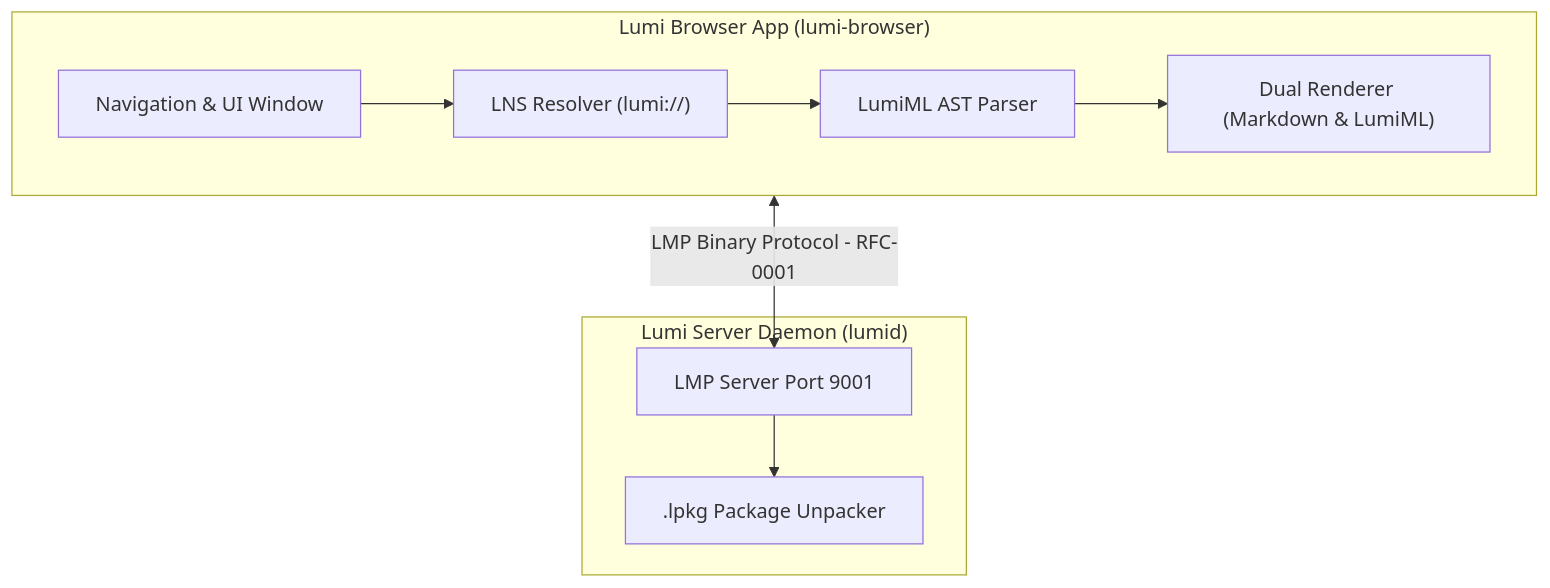
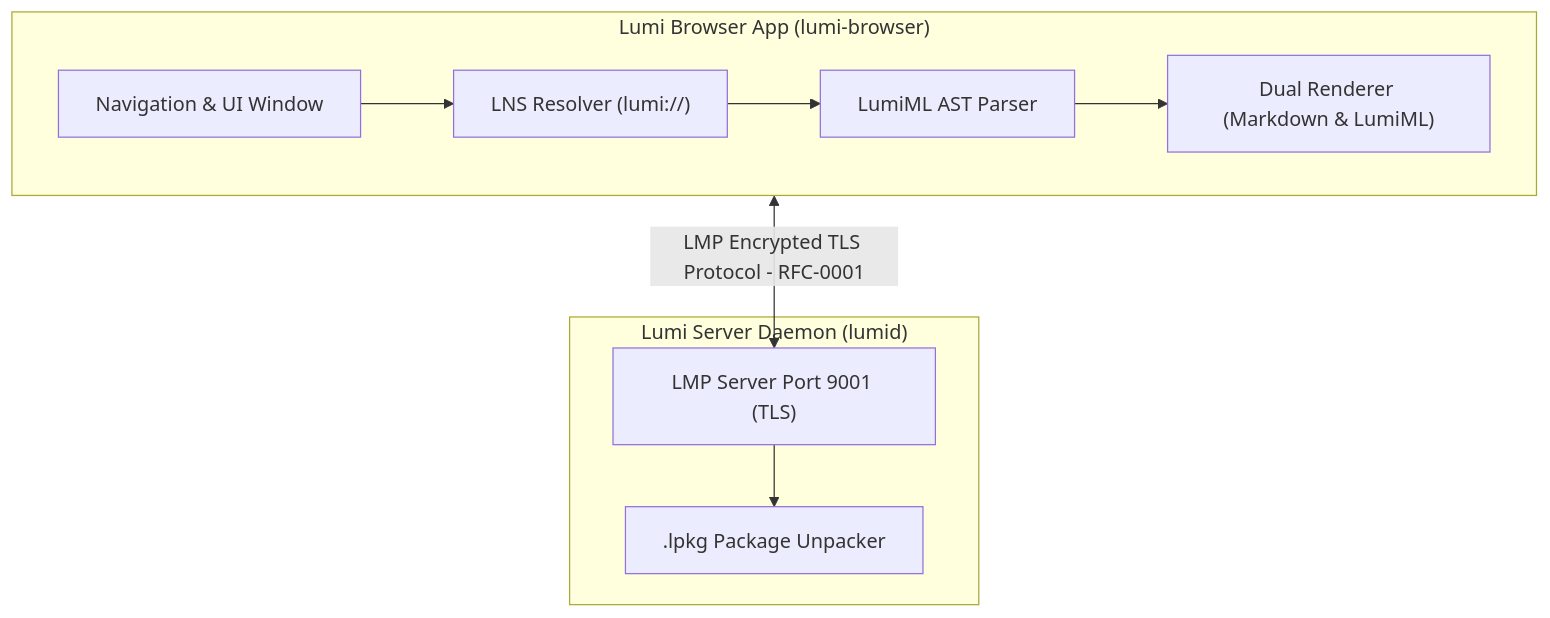
One commit to sxwik/Lumi changed the diagram in README.md. Above: the diagram before and after it, drawn with Mermaid. The commit also changed other lines of this file and 9 other files, not shown here.

````diff
--- a/README.md
+++ b/README.md
@@ -58,20 +59,20 @@
 ```mermaid
 flowchart TD
     subgraph Browser ["Lumi Browser App (lumi-browser)"]
         UI["Navigation & UI Window"]
         LNS["LNS Resolver (lumi://)"]
         Parser["LumiML AST Parser"]
         Renderer["Dual Renderer (Markdown & LumiML)"]
         UI --> LNS
         LNS --> Parser
         Parser --> Renderer
     end
 
     subgraph Server ["Lumi Server Daemon (lumid)"]
         Packaging[".lpkg Package Unpacker"]
-        Daemon["LMP Server Port 9001"]
+        Daemon["LMP Server Port 9001 (TLS)"]
     end
 
-    Browser <-->|LMP Binary Protocol - RFC-0001| Daemon
+    Browser <-->|LMP Encrypted TLS Protocol - RFC-0001| Daemon
     Daemon --> Packaging
 ```
````
